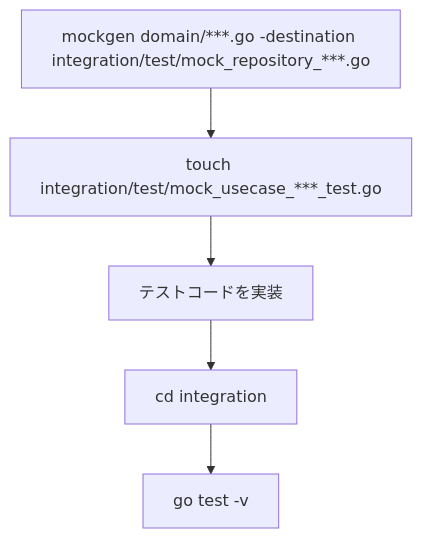
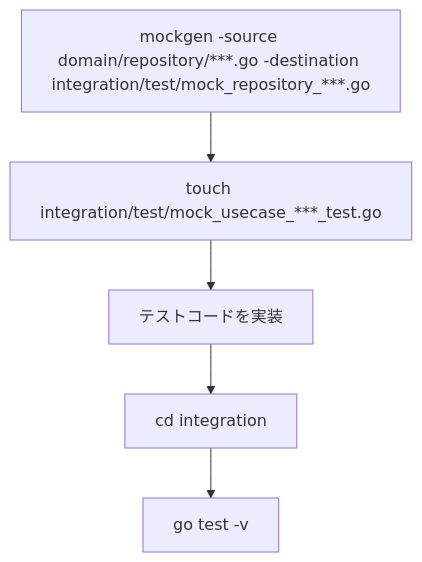
The second of 3 diagrams in README.md (ayumi-sk2720/animal_healthcare_app), drawn with Mermaid before and after one commit. The commit also changed 4 other files, not shown here.

Commit message:
add mock repository & usecase test go

````diff
--- a/README.md
+++ b/README.md
@@ -50,7 +50,7 @@
 ```mermaid
 flowchart TD
-    a[mockgen domain/***.go -destination integration/test/mock_repository_***.go]  --> b[touch integration/test/mock_usecase_***_test.go]
+    a[mockgen -source domain/repository/***.go -destination integration/test/mock_repository_***.go]  --> b[touch integration/test/mock_usecase_***_test.go]
     b --> c[テストコードを実装]
     c --> d[cd integration]
     d --> e[go test -v]
 ```
````
